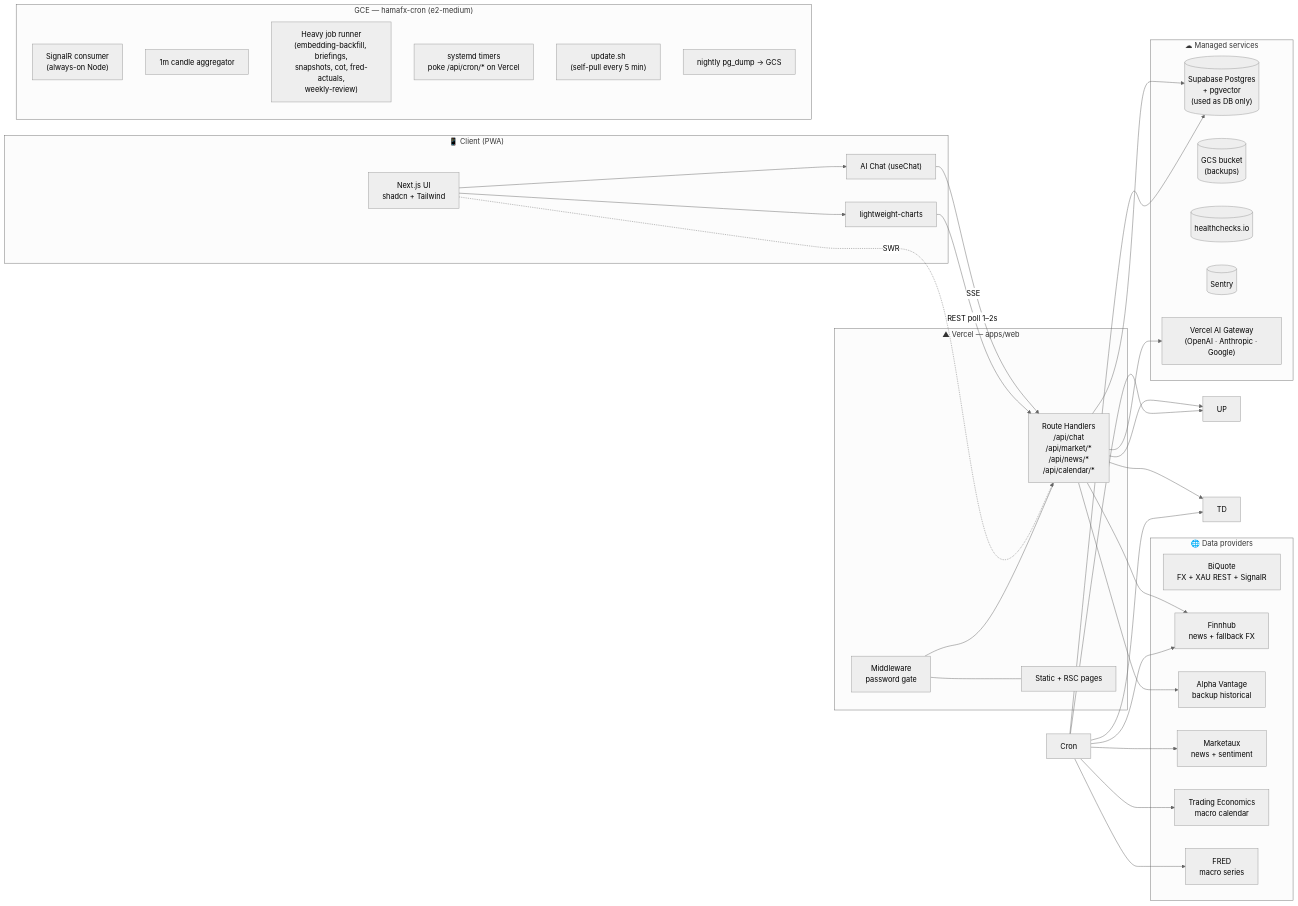
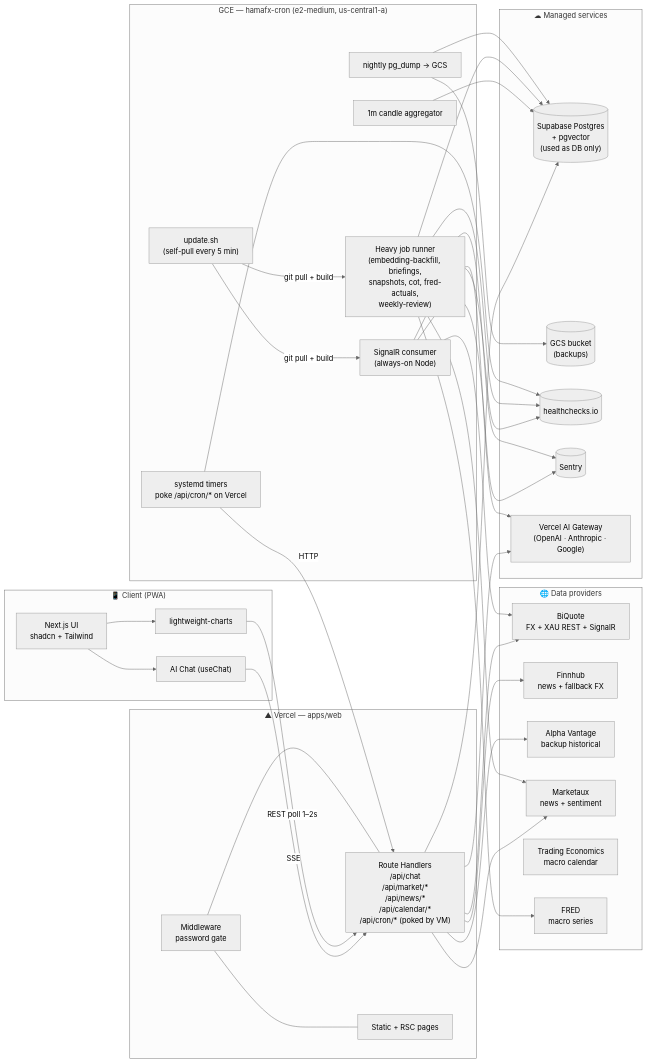
Before and after one commit to HamaFx/Kestrel: the first of 5 diagrams in docs/01-architecture.md, drawn with Mermaid (neutral theme). The commit also changed other lines of this file and 16 other files, not shown here.

````diff
--- a/docs/01-architecture.md
+++ b/docs/01-architecture.md
@@ -7,64 +7,72 @@
 ```mermaid
 flowchart LR
     subgraph Client["📱 Client (PWA)"]
         UI["Next.js UI<br/>shadcn + Tailwind"]
         Chart["lightweight-charts"]
         Chat["AI Chat (useChat)"]
     end
 
     subgraph Vercel["▲ Vercel — apps/web"]
-        RH["Route Handlers<br/>/api/chat<br/>/api/market/*<br/>/api/news/*<br/>/api/calendar/*"]
+        RH["Route Handlers<br/>/api/chat<br/>/api/market/*<br/>/api/news/*<br/>/api/calendar/*<br/>/api/cron/* (poked by VM)"]
         MW["Middleware<br/>password gate"]
         ISR["Static + RSC pages"]
     end
 
-    subgraph VM["GCE — hamafx-cron (e2-medium)"]
+    subgraph VM["GCE — hamafx-cron (e2-medium, us-central1-a)"]
         SR["SignalR consumer<br/>(always-on Node)"]
         Agg["1m candle aggregator"]
         Heavy["Heavy job runner<br/>(embedding-backfill, briefings,<br/>snapshots, cot, fred-actuals,<br/>weekly-review)"]
         Light["systemd timers<br/>poke /api/cron/* on Vercel"]
         Updater["update.sh<br/>(self-pull every 5 min)"]
         Backup["nightly pg_dump → GCS"]
     end
 
     subgraph Managed["☁ Managed services"]
         SB[("Supabase Postgres<br/>+ pgvector<br/>(used as DB only)")]
         GCS[("GCS bucket<br/>(backups)")]
         HC[("healthchecks.io")]
         Sentry[("Sentry")]
         GW["Vercel AI Gateway<br/>(OpenAI · Anthropic · Google)"]
     end
 
     subgraph Providers["🌐 Data providers"]
         BQ["BiQuote<br/>FX + XAU REST + SignalR"]
         FH["Finnhub<br/>news + fallback FX"]
         AV["Alpha Vantage<br/>backup historical"]
         MX["Marketaux<br/>news + sentiment"]
         TE["Trading Economics<br/>macro calendar"]
         FRED["FRED<br/>macro series"]
     end
 
     UI --> Chat
     UI --> Chart
     Chat -->|SSE| RH
     Chart -->|REST poll 1–2s| RH
-    UI -.SWR.-> RH
 
     MW --- RH
     MW --- ISR
 
     RH --> GW
     RH --> SB
-    RH --> UP
-    RH --> TD
+    RH --> BQ
     RH --> FH
     RH --> AV
+    RH --> MX
 
-    Cron --> TD
-    Cron --> MX
-    Cron --> FH
-    Cron --> TE
-    Cron --> FRED
-    Cron --> SB
-    Cron --> UP
+    SR --> BQ
+    Agg --> SB
+    Heavy --> SB
+    Heavy --> GW
+    Heavy --> FRED
+    Heavy --> MX
+    Light -->|HTTP| RH
+    Updater -->|git pull + build| Heavy
+    Updater -->|git pull + build| SR
+    Backup --> SB
+    Backup --> GCS
+    SR --> HC
+    Heavy --> HC
+    Light --> HC
+    SR --> Sentry
+    Heavy --> Sentry
 ```
````
